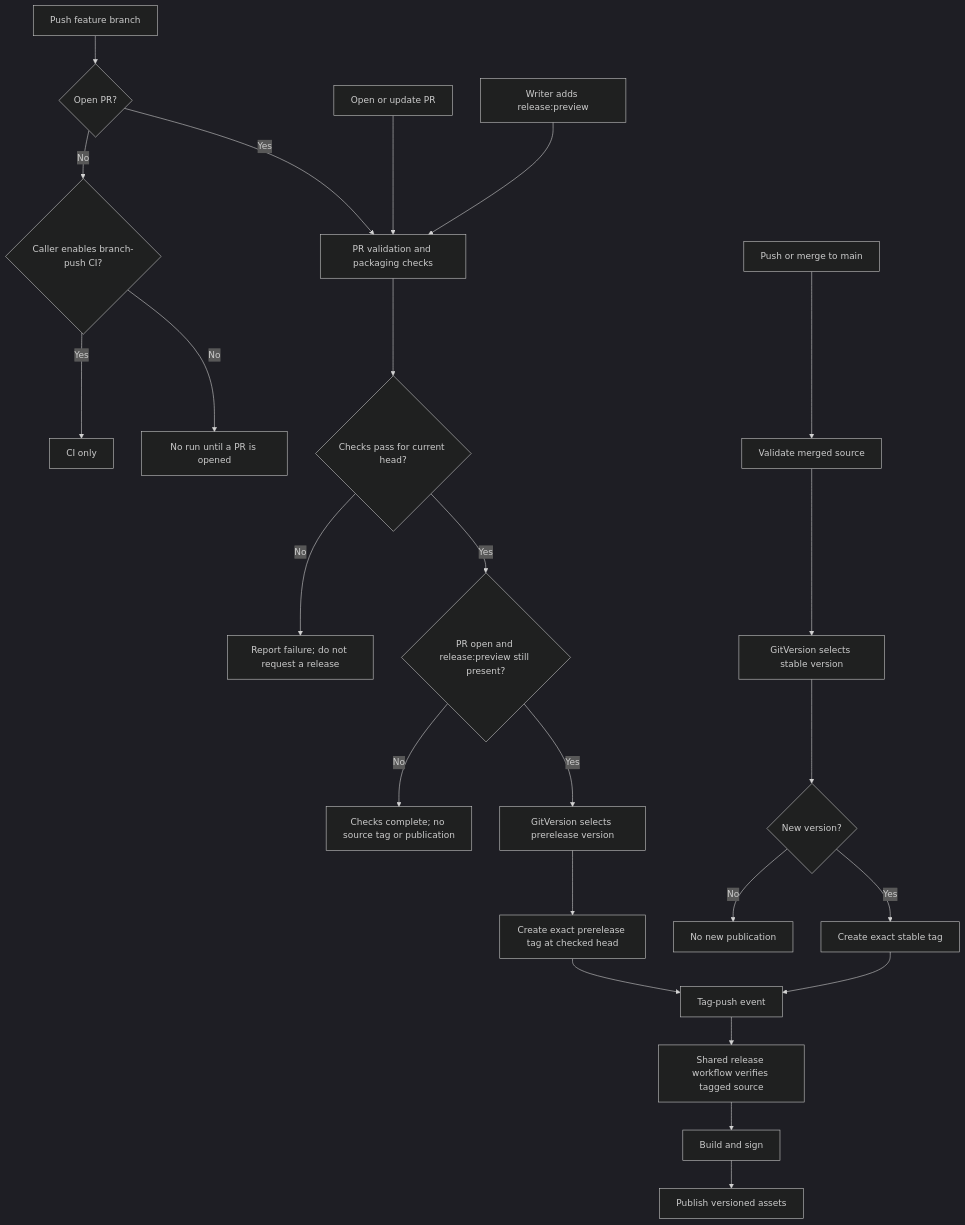
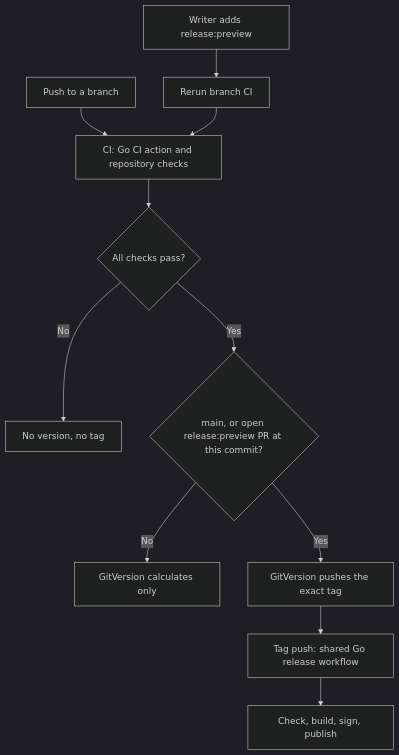
Before and after one commit to vhco-pro/docs: the first of 2 diagrams in knowledge/tag-driven-go-releases.md, drawn with Mermaid (dark theme). The commit also changed other lines of this file and 1 other file, not shown here.

Commit message:
docs: version from branch runs; drop the PR dispatch bridge [skip ci]

````diff
--- a/knowledge/tag-driven-go-releases.md
+++ b/knowledge/tag-driven-go-releases.md
@@ -85,28 +80,13 @@
 ```mermaid
 flowchart TD
-    Push["Push feature branch"] --> Open{"Open PR?"}
-    Open -->|No| PushCI{"Caller enables branch-push CI?"}
-    PushCI -->|Yes| BranchCI["CI only"]
-    PushCI -->|No| NoCI["No run until a PR is opened"]
-    Open -->|Yes| PR["PR validation and packaging checks"]
-    OpenPR["Open or update PR"] --> PR
-    Enable["Writer adds release:preview"] --> PR
-    PR --> Passed{"Checks pass for current head?"}
-    Passed -->|No| Failed["Report failure; do not request a release"]
-    Passed -->|Yes| Enabled{"PR open and release:preview still present?"}
-    Enabled -->|No| ChecksOnly["Checks complete; no source tag or publication"]
-    Enabled -->|Yes| Preview["GitVersion selects prerelease version"]
-    Preview --> PreviewTag["Create exact prerelease tag at checked head"]
-
-    Main["Push or merge to main"] --> MainCI["Validate merged source"]
-    MainCI --> Stable["GitVersion selects stable version"]
-    Stable --> New{"New version?"}
-    New -->|No| NoRelease["No new publication"]
-    New -->|Yes| StableTag["Create exact stable tag"]
-
-    PreviewTag --> Tagged["Tag-push event"]
-    StableTag --> Tagged
-    Tagged --> Verify["Shared release workflow verifies tagged source"]
-    Verify --> Build["Build and sign"]
-    Build --> Publish["Publish versioned assets"]
+    Push["Push to a branch"] --> CI["CI: Go CI action and repository checks"]
+    Label["Writer adds release:preview"] --> Rerun["Rerun branch CI"]
+    Rerun --> CI
+    CI --> Passed{"All checks pass?"}
+    Passed -->|No| Stop["No version, no tag"]
+    Passed -->|Yes| Gate{"main, or open release:preview PR at this commit?"}
+    Gate -->|No| Calc["GitVersion calculates only"]
+    Gate -->|Yes| Tag["GitVersion pushes the exact tag"]
+    Tag --> Release["Tag push: shared Go release workflow"]
+    Release --> Publish["Check, build, sign, publish"]
 ```
````
